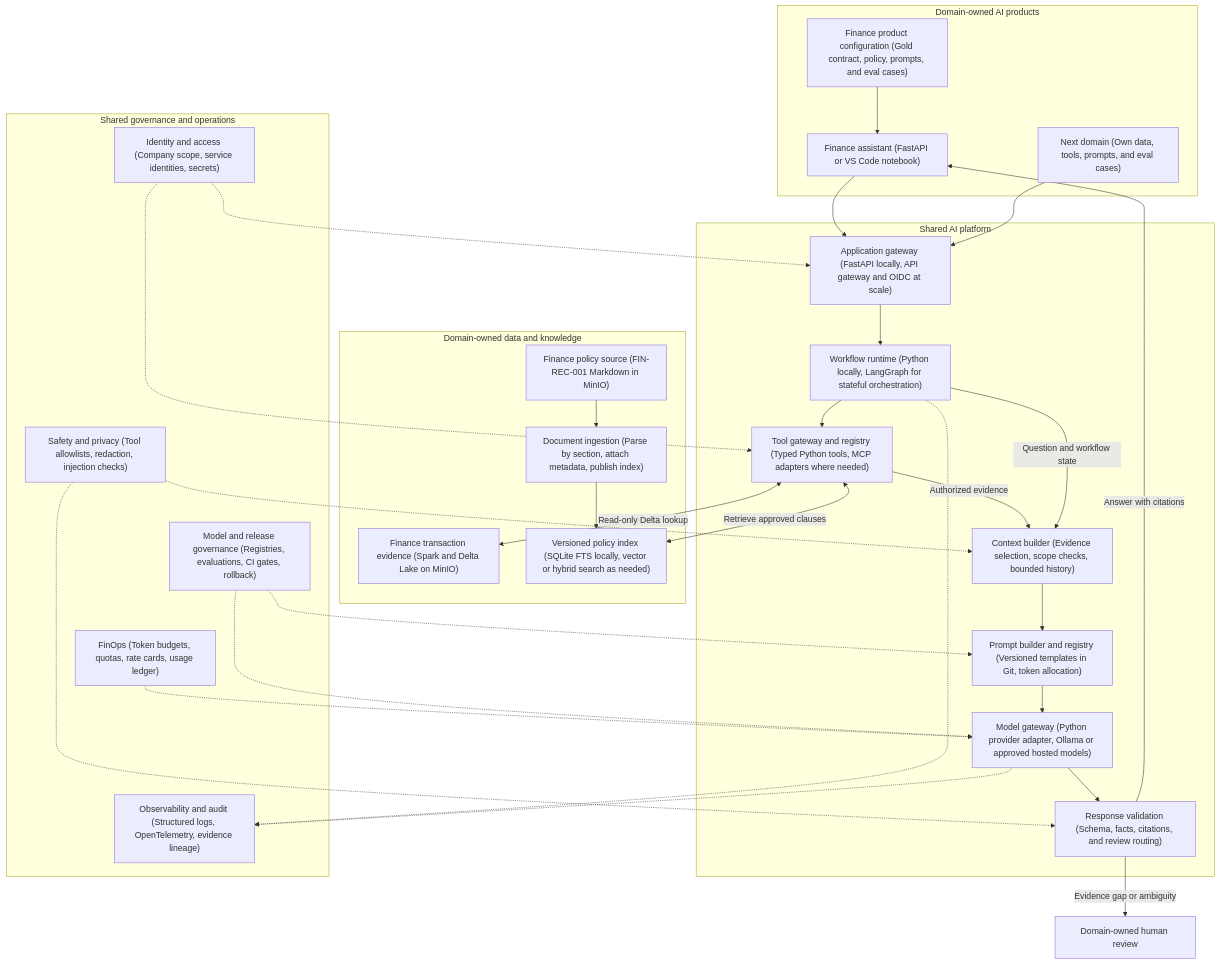
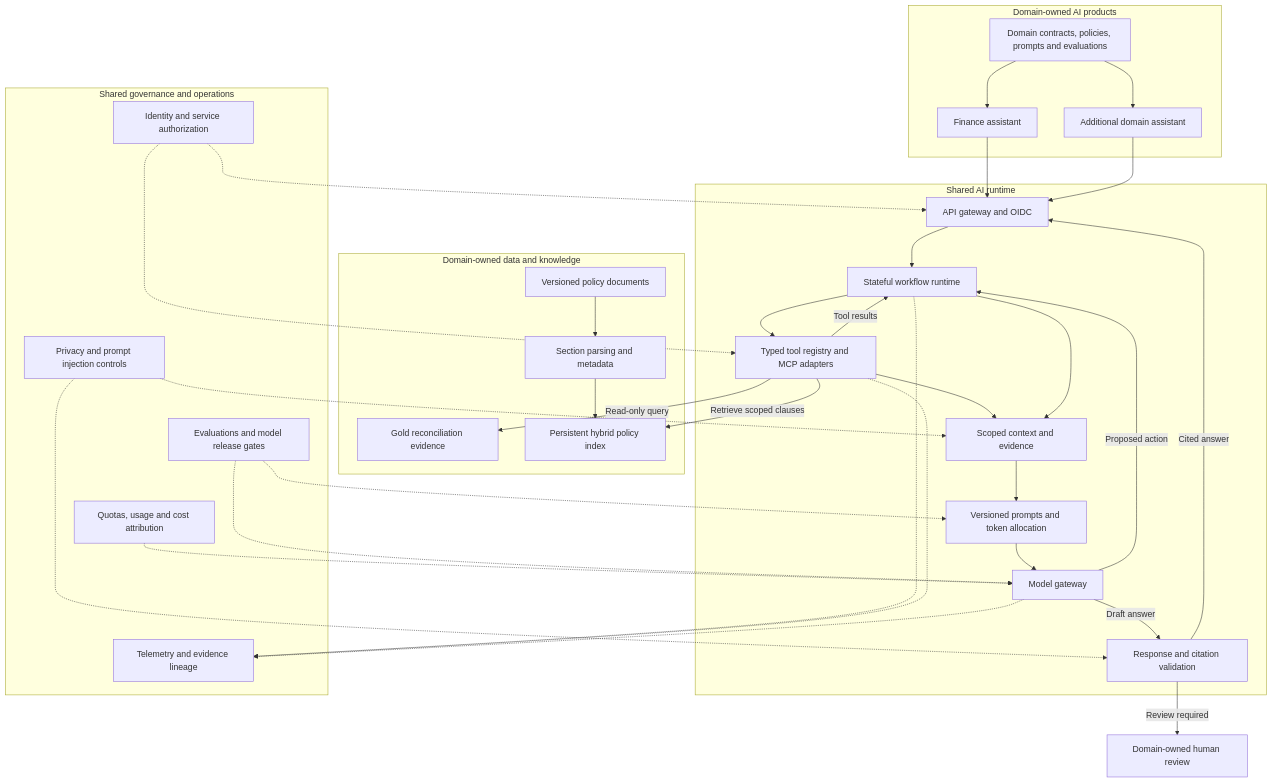
The second of 2 diagrams in ai-platform/README.md (kirannc1/data-ai-platform), drawn with Mermaid before and after one commit. The commit also changed other lines of this file, not shown here.

First line of the commit message:
docs(ai-platform): document agentic bank reconciliation setup and roadmap

````diff
--- a/ai-platform/README.md
+++ b/ai-platform/README.md
@@ -12,58 +119,61 @@
 ```mermaid
 flowchart TB
     subgraph DOM["Domain-owned AI products"]
-        FIN["Finance assistant (FastAPI or VS Code notebook)"]
-        SPEC["Finance product configuration (Gold contract, policy, prompts, and eval cases)"]
-        NEXT["Next domain (Own data, tools, prompts, and eval cases)"]
+        FIN["Finance assistant"]
+        NEXT["Additional domain assistant"]
+        SPEC["Domain contracts, policies, prompts and evaluations"]
         SPEC --> FIN
+        SPEC --> NEXT
     end
 
-    subgraph PLATFORM["Shared AI platform"]
-        ENTRY["Application gateway (FastAPI locally, API gateway and OIDC at scale)"]
-        FLOW["Workflow runtime (Python locally, LangGraph for stateful orchestration)"]
-        TOOL["Tool gateway and registry (Typed Python tools, MCP adapters where needed)"]
-        CTX["Context builder (Evidence selection, scope checks, bounded history)"]
-        PROMPT["Prompt builder and registry (Versioned templates in Git, token allocation)"]
-        MODEL["Model gateway (Python provider adapter, Ollama or approved hosted models)"]
-        VERIFY["Response validation (Schema, facts, citations, and review routing)"]
+    subgraph PLATFORM["Shared AI runtime"]
+        ENTRY["API gateway and OIDC"]
+        FLOW["Stateful workflow runtime"]
+        TOOL["Typed tool registry and MCP adapters"]
+        CTX["Scoped context and evidence"]
+        PROMPT["Versioned prompts and token allocation"]
+        MODEL["Model gateway"]
+        VERIFY["Response and citation validation"]
 
         ENTRY --> FLOW --> TOOL
-        TOOL -->|"Authorized evidence"| CTX
-        FLOW -->|"Question and workflow state"| CTX
-        CTX --> PROMPT --> MODEL --> VERIFY
+        TOOL -->|"Tool results"| FLOW
+        TOOL --> CTX
+        FLOW --> CTX --> PROMPT --> MODEL
+        MODEL -->|"Proposed action"| FLOW
+        MODEL -->|"Draft answer"| VERIFY
     end
 
     subgraph DATA["Domain-owned data and knowledge"]
-        GOLD["Finance transaction evidence (Spark and Delta Lake on MinIO)"]
-        DOC["Finance policy source (FIN-REC-001 Markdown in MinIO)"]
-        INGEST["Document ingestion (Parse by section, attach metadata, publish index)"]
-        INDEX["Versioned policy index (SQLite FTS locally, vector or hybrid search as needed)"]
-
+        GOLD["Gold reconciliation evidence"]
+        DOC["Versioned policy documents"]
+        INGEST["Section parsing and metadata"]
+        INDEX["Persistent hybrid policy index"]
         DOC --> INGEST --> INDEX
     end
 
     subgraph GOV["Shared governance and operations"]
-        ACCESS["Identity and access (Company scope, service identities, secrets)"]
-        SAFETY["Safety and privacy (Tool allowlists, redaction, injection checks)"]
-        AUDIT["Observability and audit (Structured logs, OpenTelemetry, evidence lineage)"]
-        FINOPS["FinOps (Token budgets, quotas, rate cards, usage ledger)"]
-        RELEASE["Model and release governance (Registries, evaluations, CI gates, rollback)"]
+        ACCESS["Identity and service authorization"]
+        SAFETY["Privacy and prompt injection controls"]
+        AUDIT["Telemetry and evidence lineage"]
+        FINOPS["Quotas, usage and cost attribution"]
+        RELEASE["Evaluations and model release gates"]
     end
 
     FIN --> ENTRY
     NEXT --> ENTRY
-    TOOL <-->|"Read-only Delta lookup"| GOLD
-    TOOL <-->|"Retrieve approved clauses"| INDEX
-    VERIFY -->|"Answer with citations"| FIN
-    VERIFY -->|"Evidence gap or ambiguity"| REVIEW["Domain-owned human review"]
+    TOOL -->|"Read-only query"| GOLD
+    TOOL -->|"Retrieve scoped clauses"| INDEX
+    VERIFY -->|"Cited answer"| ENTRY
+    VERIFY -->|"Review required"| REVIEW["Domain-owned human review"]
 
     ACCESS -.-> ENTRY
     ACCESS -.-> TOOL
     SAFETY -.-> CTX
     SAFETY -.-> VERIFY
     FLOW -.-> AUDIT
+    TOOL -.-> AUDIT
     MODEL -.-> AUDIT
     FINOPS -.-> MODEL
     RELEASE -.-> PROMPT
     RELEASE -.-> MODEL
 ```
````
